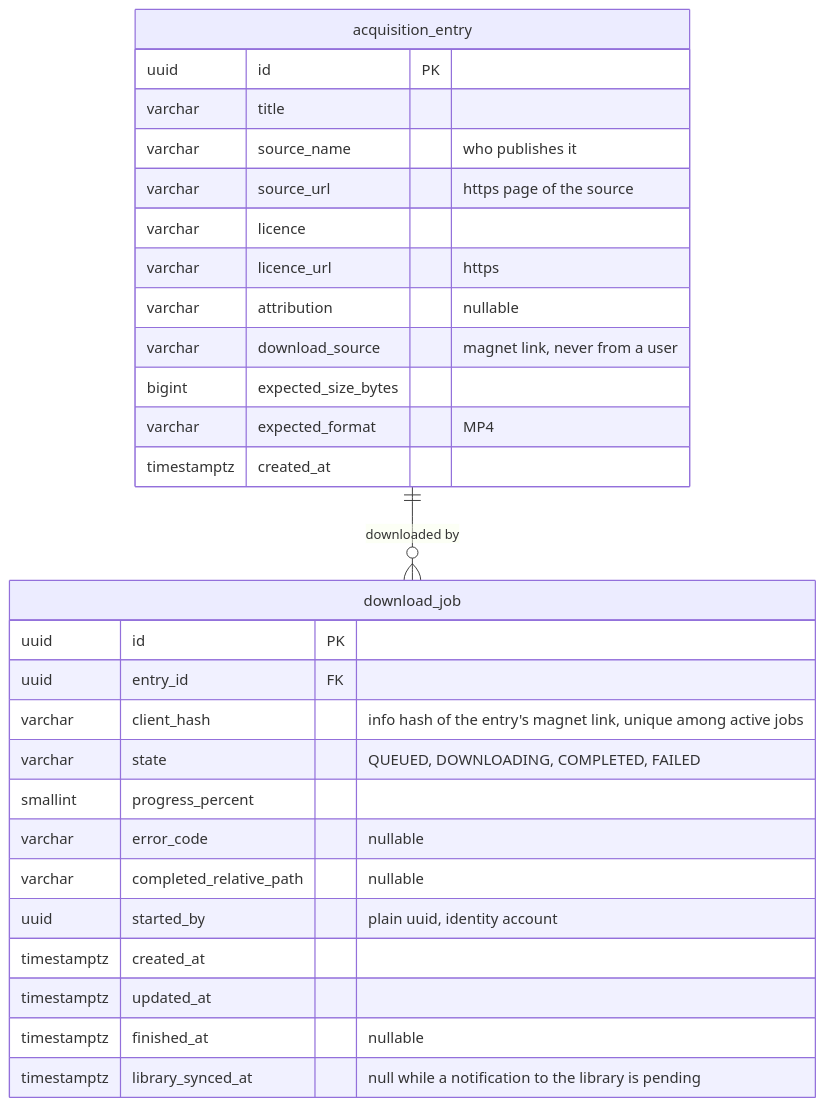
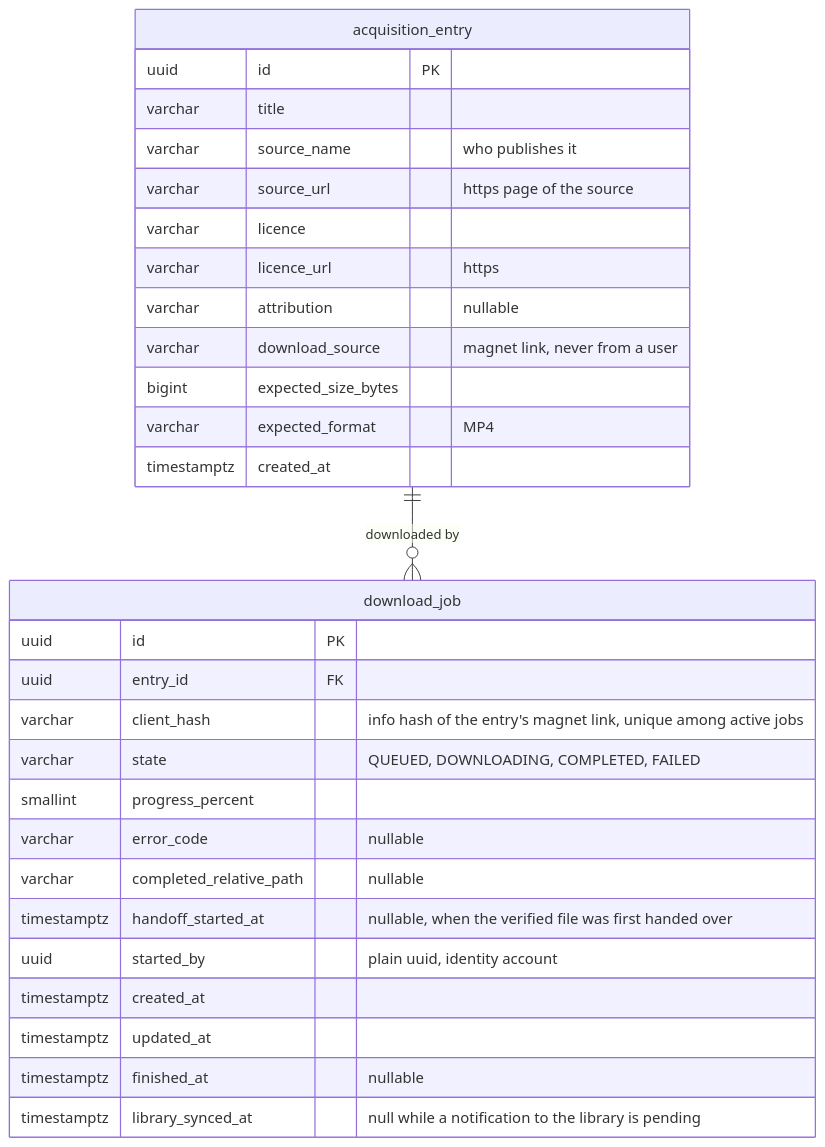
One commit to ClaymeCall/holbertonschool-homeflix-project changed the third of 3 diagrams in docs/architecture/data-model.md. Above: the diagram before and after it, drawn with Mermaid. The commit also changed other lines of this file and 17 other files, not shown here.

````diff
--- a/docs/architecture/data-model.md
+++ b/docs/architecture/data-model.md
@@ -155,32 +155,33 @@
 ```mermaid
 erDiagram
     acquisition_entry ||--o{ download_job : "downloaded by"
 
     acquisition_entry {
         uuid id PK
         varchar title
         varchar source_name "who publishes it"
         varchar source_url "https page of the source"
         varchar licence
         varchar licence_url "https"
         varchar attribution "nullable"
         varchar download_source "magnet link, never from a user"
         bigint expected_size_bytes
         varchar expected_format "MP4"
         timestamptz created_at
     }
     download_job {
         uuid id PK
         uuid entry_id FK
         varchar client_hash "info hash of the entry's magnet link, unique among active jobs"
         varchar state "QUEUED, DOWNLOADING, COMPLETED, FAILED"
         smallint progress_percent
         varchar error_code "nullable"
         varchar completed_relative_path "nullable"
+        timestamptz handoff_started_at "nullable, when the verified file was first handed over"
         uuid started_by "plain uuid, identity account"
         timestamptz created_at
         timestamptz updated_at
         timestamptz finished_at "nullable"
         timestamptz library_synced_at "null while a notification to the library is pending"
     }
 ```
````
